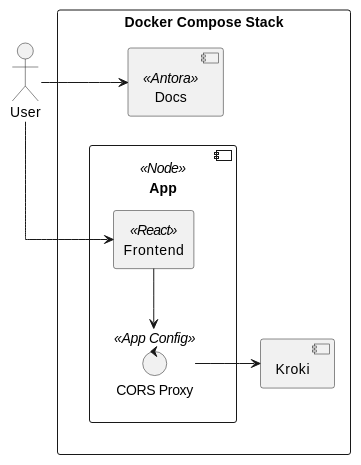
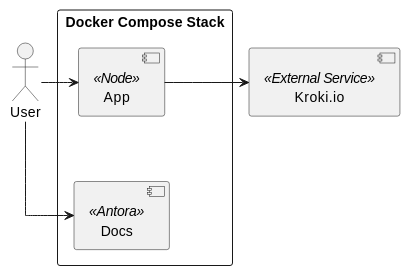
The diagram in docs/modules/ROOT/pages/index.adoc (sommerfeld-io-archive/krokidile), drawn with PlantUML before and after one commit. The commit also changed other lines of this file and 3 other files, not shown here.

First line of the commit message:
refactor: use kroki.io to render diagrams

```diff
--- a/docs/modules/ROOT/pages/index.adoc
+++ b/docs/modules/ROOT/pages/index.adoc
@@ -97,33 +90,29 @@
 [plantuml, puml-build-image, svg]
 ----
 @startuml
 
 skinparam linetype ortho
 skinparam monochrome false
 skinparam componentStyle uml2
 skinparam backgroundColor transparent
 skinparam activity {
     'FontName Ubuntu
     FontName Roboto
 }
 
 actor User
+component Kroki as "Kroki.io" <<External Service>>
 
 rectangle dc as "Docker Compose Stack" {
-    component App <<Node>> {
-        control cors as "CORS Proxy" <<App Config>>
-        rectangle Frontend <<React>>
-    }
-    component Kroki
+    component App <<Node>> 
     component Docs <<Antora>>
 }
 
-User -right-> Frontend
-Frontend -down-> cors
-cors -right-> Kroki
+User -right-> App
+App -right-> Kroki
 
 User -right-> Docs
-Docs -[hidden]down-> App
+Docs -[hidden]up-> App
 
 @enduml
 ----
```
